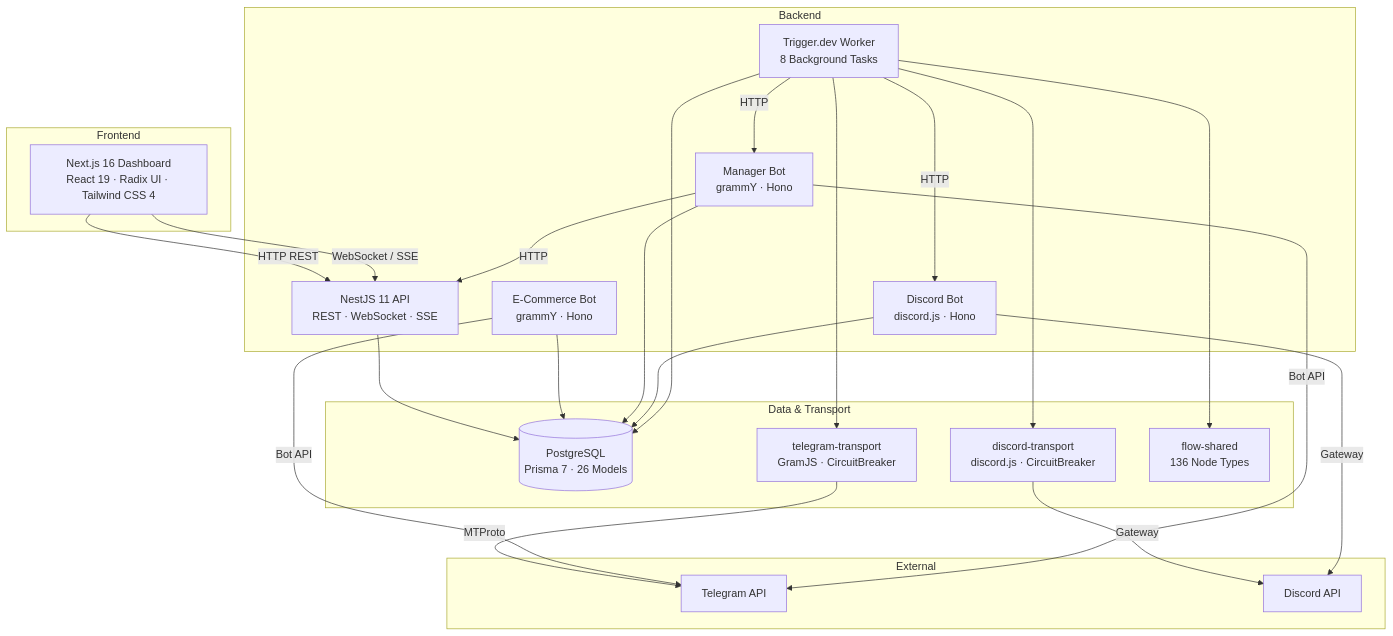
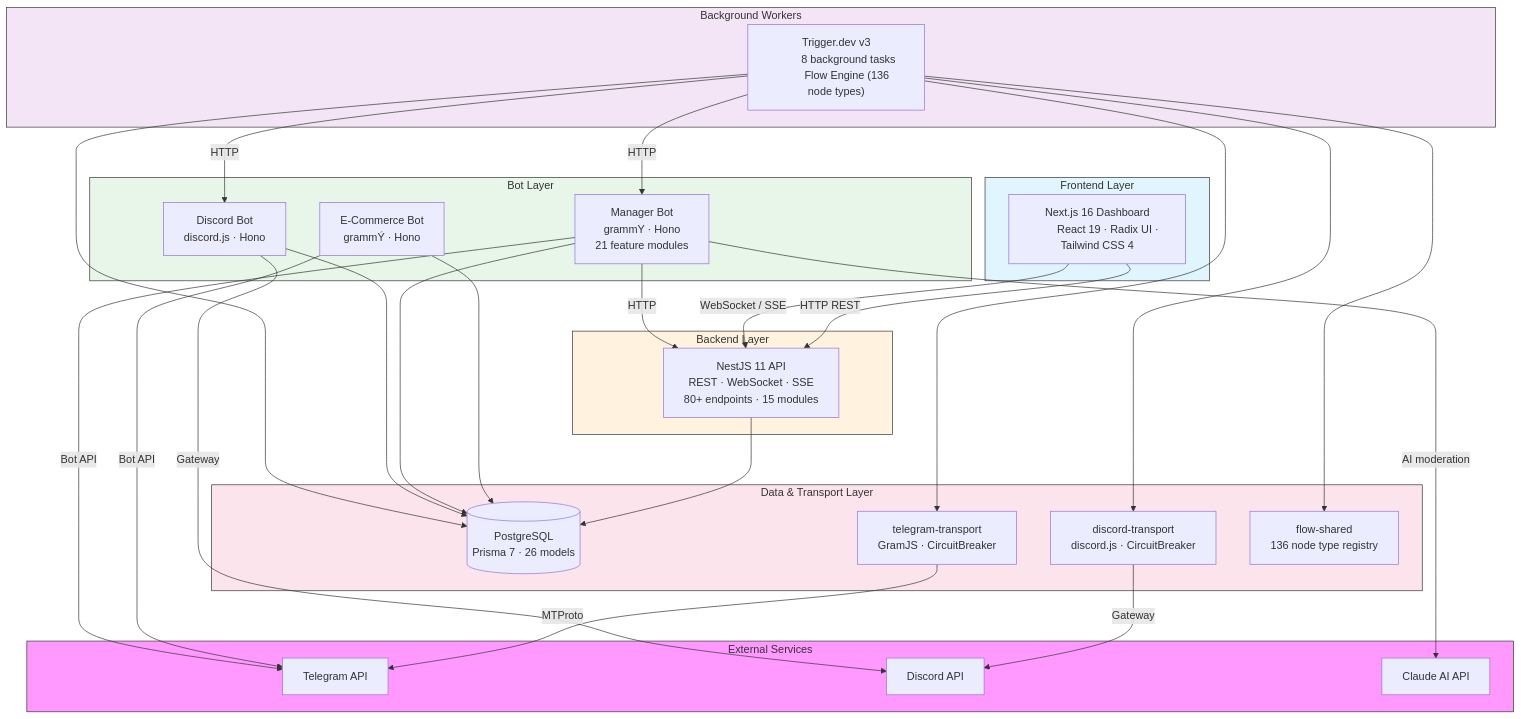
One commit to kolezka/flowbot changed the first of 7 diagrams in README.md. Above: the diagram before and after it, drawn with Mermaid. The commit also changed other lines of this file and 46 other files, not shown here.

First line of the commit message:
docs: rewrite README 2.0 with mermaid diagrams and fresh screenshots

````diff
--- a/README.md
+++ b/README.md
@@ -51,45 +80,76 @@
 ```mermaid
-graph TD
-    subgraph "Frontend"
-        FE[Next.js 16 Dashboard<br/>React 19 · Radix UI · Tailwind CSS 4]
+graph TB
+    subgraph External["External Services"]
+        TG["Telegram API"]
+        DC["Discord API"]
+        AI["Claude AI API"]
     end
 
-    subgraph "Backend"
-        API[NestJS 11 API<br/>REST · WebSocket · SSE]
-        Bot[E-Commerce Bot<br/>grammY · Hono]
-        MB[Manager Bot<br/>grammY · Hono]
-        DB_BOT[Discord Bot<br/>discord.js · Hono]
-        Trigger[Trigger.dev Worker<br/>8 Background Tasks]
+    subgraph Frontend["Frontend Layer"]
+        FE["Next.js 16 Dashboard
+        React 19 &middot; Radix UI &middot; Tailwind CSS 4"]
     end
 
-    subgraph "Data & Transport"
-        DB[(PostgreSQL<br/>Prisma 7 · 26 Models)]
-        TGTransport[telegram-transport<br/>GramJS · CircuitBreaker]
-        DCTransport[discord-transport<br/>discord.js · CircuitBreaker]
-        FlowShared[flow-shared<br/>136 Node Types]
+    subgraph Backend["Backend Layer"]
+        API["NestJS 11 API
+        REST &middot; WebSocket &middot; SSE
+        80+ endpoints &middot; 15 modules"]
     end
 
-    subgraph "External"
-        TG[Telegram API]
-        DC[Discord API]
+    subgraph Bots["Bot Layer"]
+        BOT["E-Commerce Bot
+        gramm&Yacute; &middot; Hono"]
+        MB["Manager Bot
+        grammY &middot; Hono
+        21 feature modules"]
+        DB_BOT["Discord Bot
+        discord.js &middot; Hono"]
     end
 
-    FE -->|HTTP REST| API
-    FE -->|WebSocket / SSE| API
+    subgraph Workers["Background Workers"]
+        TRIGGER["Trigger.dev v3
+        8 background tasks
+        Flow Engine (136 node types)"]
+    end
+
+    subgraph Data["Data & Transport Layer"]
+        DB[("PostgreSQL
+        Prisma 7 &middot; 26 models")]
+        TG_TR["telegram-transport
+        GramJS &middot; CircuitBreaker"]
+        DC_TR["discord-transport
+        discord.js &middot; CircuitBreaker"]
+        FS["flow-shared
+        136 node type registry"]
+    end
+
+    FE -->|"HTTP REST"| API
+    FE -->|"WebSocket / SSE"| API
+
     API --> DB
-    Bot --> DB
+    BOT --> DB
     MB --> DB
     DB_BOT --> DB
-    MB -->|HTTP| API
-    Trigger --> DB
-    Trigger -->|HTTP| MB
-    Trigger -->|HTTP| DB_BOT
-    Trigger --> TGTransport
-    Trigger --> DCTransport
-    Trigger --> FlowShared
-    TGTransport -->|MTProto| TG
-    DCTransport -->|Gateway| DC
-    Bot -->|Bot API| TG
-    MB -->|Bot API| TG
-    DB_BOT -->|Gateway| DC
+    TRIGGER --> DB
+
+    MB -->|"HTTP"| API
+    TRIGGER -->|"HTTP"| MB
+    TRIGGER -->|"HTTP"| DB_BOT
+    TRIGGER --> TG_TR
+    TRIGGER --> DC_TR
+    TRIGGER --> FS
+
+    TG_TR -->|"MTProto"| TG
+    DC_TR -->|"Gateway"| DC
+    BOT -->|"Bot API"| TG
+    MB -->|"Bot API"| TG
+    MB -->|"AI moderation"| AI
+    DB_BOT -->|"Gateway"| DC
+
+    style External fill:#f9f,stroke:#333,stroke-width:1px
+    style Frontend fill:#e1f5fe,stroke:#333,stroke-width:1px
+    style Backend fill:#fff3e0,stroke:#333,stroke-width:1px
+    style Bots fill:#e8f5e9,stroke:#333,stroke-width:1px
+    style Workers fill:#f3e5f5,stroke:#333,stroke-width:1px
+    style Data fill:#fce4ec,stroke:#333,stroke-width:1px
 ```
````
